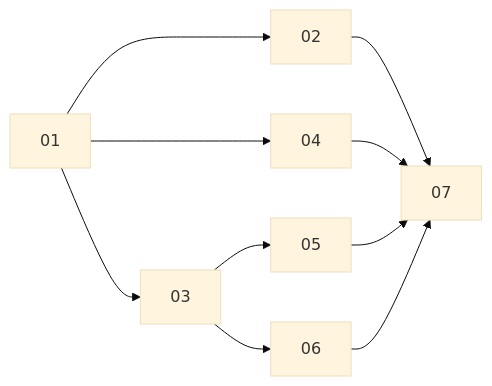
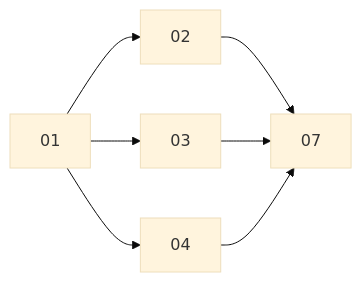
One commit to dam-agents/dam changed the diagram in docs/plan/3105-mid-turn-steering/README.md. Above: the diagram before and after it, drawn with Mermaid (base theme). The commit also changed other lines of this file and 3 other files, not shown here.

````diff
--- a/docs/plan/3105-mid-turn-steering/README.md
+++ b/docs/plan/3105-mid-turn-steering/README.md
@@ -107,12 +105,9 @@
 ```mermaid
 graph LR
   01 --> 02
   01 --> 03
   01 --> 04
-  03 --> 05
-  03 --> 06
   02 --> 07
+  03 --> 07
   04 --> 07
-  05 --> 07
-  06 --> 07
 ```
````
